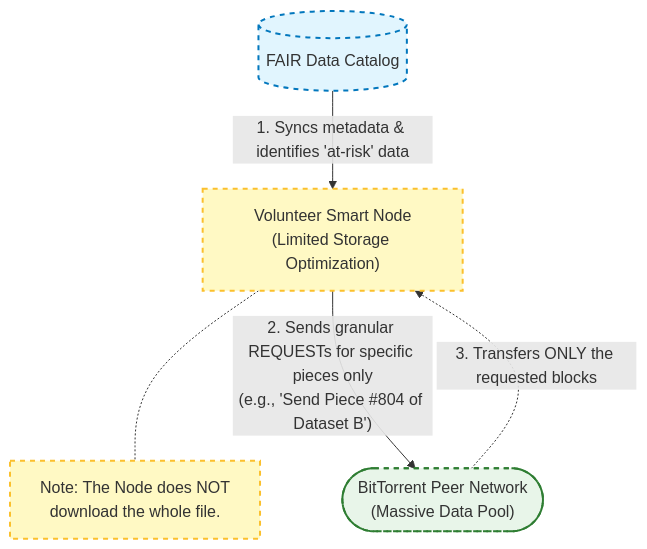
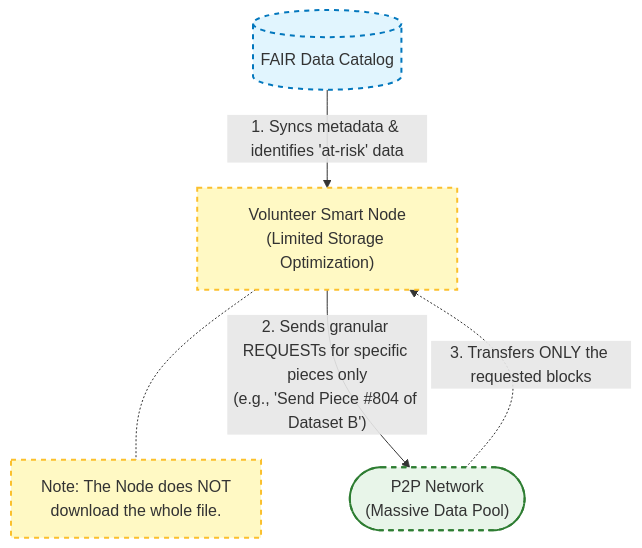
The second of 3 diagrams in README.md (dataforcanada/decentralized-distribution-labs), drawn with Mermaid before and after one commit. The commit also changed other lines of this file, not shown here.

````diff
--- a/README.md
+++ b/README.md
@@ -121,26 +126,26 @@
 ```mermaid
 graph TD
     %% Node Definitions with custom labels
     Catalog[("FAIR Data Catalog")]
     SmartNode["Volunteer Smart Node<br/>(Limited Storage Optimization)"]
-    BTNetwork(["BitTorrent Peer Network<br/>(Massive Data Pool)"])
+    BTNetwork(["P2P Network<br/>(Massive Data Pool)"])
 
     %% The Process Flow
     Catalog -->|"1. Syncs metadata & identifies 'at-risk' data"| SmartNode
     
     note["Note: The Node does NOT<br/>download the whole file."]
     SmartNode -.- note
 
     SmartNode -->|"2. Sends granular REQUESTs for specific pieces only<br/>(e.g., 'Send Piece #804 of Dataset B')"| BTNetwork
     
     BTNetwork -.->|"3. Transfers ONLY the requested blocks"| SmartNode
 
     %% Optional Styling for visual clarity
     classDef central fill:#e1f5fe,stroke:#0277bd,stroke-width:2px;
     classDef node fill:#fff9c4,stroke:#fbc02d,stroke-width:2px,stroke-dasharray: 5 5;
     classDef network fill:#e8f5e9,stroke:#2e7d32,stroke-width:2px;
     
     class Catalog central;
     class SmartNode node;
     class BTNetwork network;
 ```
````
